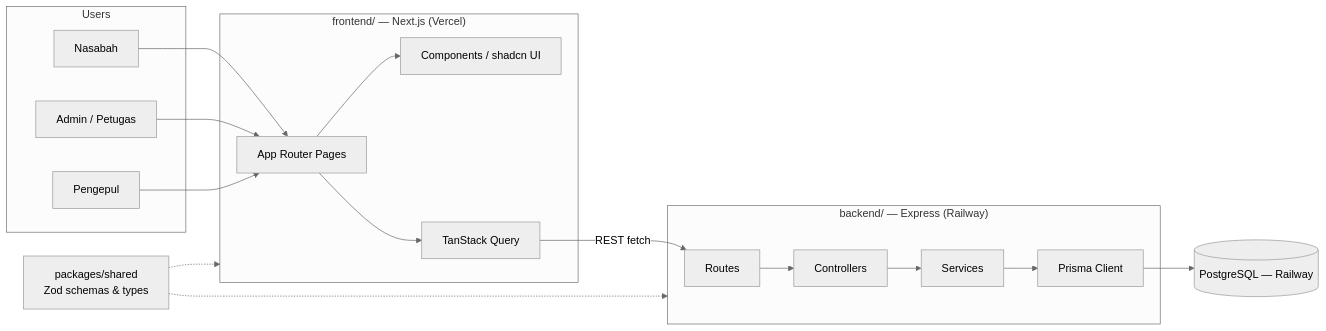
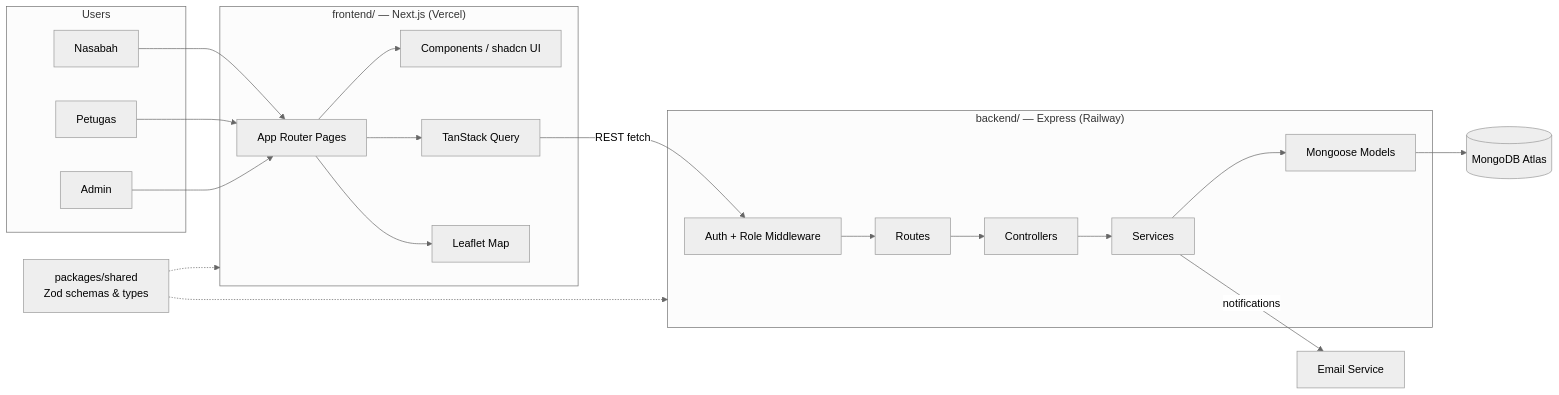
Before and after one commit to nael0407/US4-Bank-Sampah: the first of 3 diagrams in docs/architecture.md, drawn with Mermaid (neutral theme). The commit also changed other lines of this file, not shown here.

Commit message:
docs(architecture): align english doc to us4 and mongodb

````diff
--- a/docs/architecture.md
+++ b/docs/architecture.md
@@ -9,35 +11,40 @@
 ```mermaid
 flowchart LR
     subgraph Users
         N[Nasabah]
-        A[Admin / Petugas]
-        P[Pengepul]
+        PT[Petugas]
+        A[Admin]
     end
 
     subgraph FE["frontend/ — Next.js (Vercel)"]
         UI[App Router Pages]
         Comp[Components / shadcn UI]
         RQ[TanStack Query]
+        MAP[Leaflet Map]
     end
 
     subgraph BE["backend/ — Express (Railway)"]
+        MW[Auth + Role Middleware]
         RT[Routes]
         CT[Controllers]
         SV[Services]
-        PR[Prisma Client]
+        MD[Mongoose Models]
     end
 
-    DB[(PostgreSQL — Railway)]
+    DB[(MongoDB Atlas)]
+    MAIL[Email Service]
     SH["packages/shared\nZod schemas & types"]
 
     N --> UI
+    PT --> UI
     A --> UI
-    P --> UI
     UI --> Comp
     UI --> RQ
-    RQ -->|REST fetch| RT
-    RT --> CT --> SV --> PR --> DB
+    UI --> MAP
+    RQ -->|REST fetch| MW
+    MW --> RT --> CT --> SV --> MD --> DB
+    SV -->|notifications| MAIL
 
     SH -.-> FE
     SH -.-> BE
 ```
````
